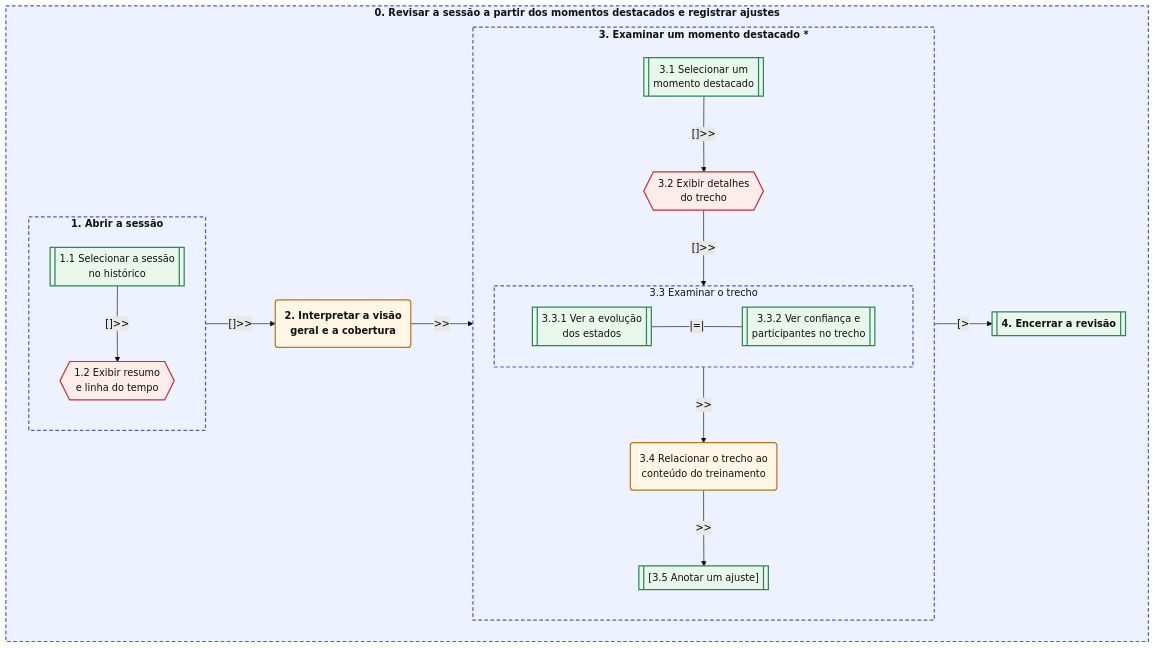
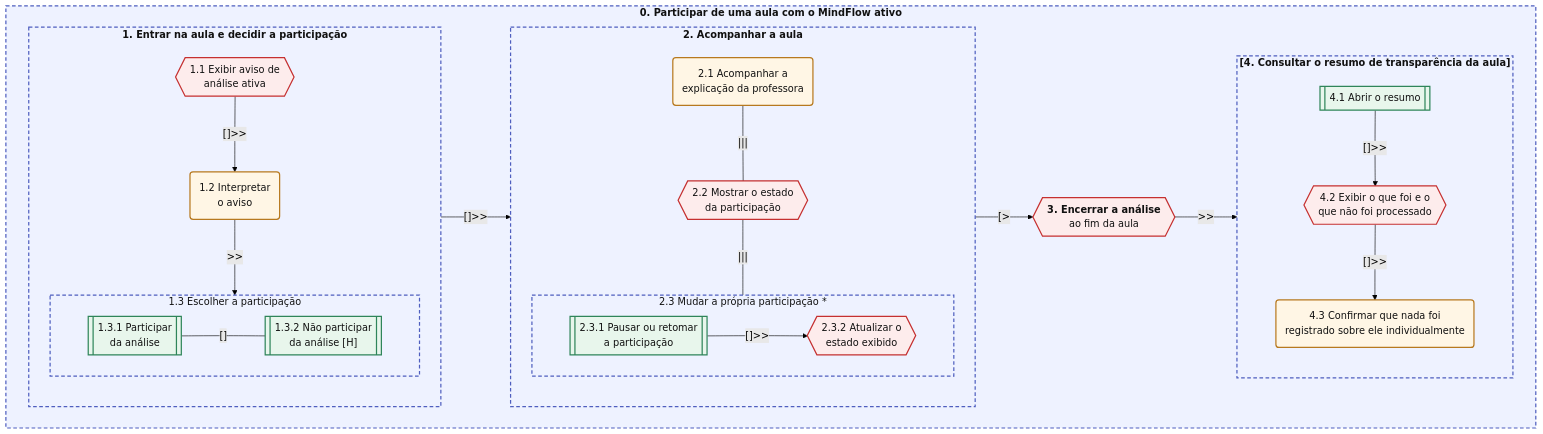
Before and after one commit to IsaRosseto/IHC_MindFlowAI: the second of 2 diagrams in docs/05_analise_tarefas.md, drawn with Mermaid (forest theme). The commit also changed other lines of this file, not shown here.

````diff
--- a/docs/05_analise_tarefas.md
+++ b/docs/05_analise_tarefas.md
@@ -275,51 +266,61 @@
 ```mermaid
 %%{init: {"flowchart": {"wrappingWidth": 600}}}%%
 flowchart LR
- 
-    subgraph C0["<b>0. Revisar a sessão a partir dos momentos destacados e registrar ajustes</b>"]
+
+    subgraph C0["<b>0. Participar de uma aula com o MindFlow ativo</b>"]
         direction LR
- 
-        subgraph C1["<b>1. Abrir a sessão</b>"]
+
+        subgraph C1["<b>1. Entrar na aula e decidir a participação</b>"]
             direction TB
-            C11[["1.1 Selecionar a sessão<br/>no histórico"]]
-            C12{{"1.2 Exibir resumo<br/>e linha do tempo"}}
+            C11{{"1.1 Exibir aviso de<br/>análise ativa"}}
+            C12("1.2 Interpretar<br/>o aviso")
+            subgraph C13["1.3 Escolher a participação"]
+                direction LR
+                C131[["1.3.1 Participar<br/>da análise"]]
+                C132[["1.3.2 Não participar<br/>da análise [H]"]]
+                C131 -- "[]" --- C132
+            end
             C11 -- "[]&gt;&gt;" --> C12
+            C12 -- "&gt;&gt;" --> C13
         end
- 
-        C2("<b>2. Interpretar a visão<br/>geral e a cobertura</b>")
- 
-        subgraph C3["<b>3. Examinar um momento destacado *</b>"]
+
+        subgraph C2["<b>2. Acompanhar a aula</b>"]
             direction TB
-            C31[["3.1 Selecionar um<br/>momento destacado"]]
-            C32{{"3.2 Exibir detalhes<br/>do trecho"}}
-            subgraph C33["3.3 Examinar o trecho"]
+            C21("2.1 Acompanhar a<br/>explicação da professora")
+            C22{{"2.2 Mostrar o estado<br/>da participação"}}
+            subgraph C23["2.3 Mudar a própria participação *"]
                 direction LR
-                C331[["3.3.1 Ver a evolução<br/>dos estados"]]
-                C332[["3.3.2 Ver confiança e<br/>participantes no trecho"]]
-                C331 -- "|=|" --- C332
+                C231[["2.3.1 Pausar ou retomar<br/>a participação"]]
+                C232{{"2.3.2 Atualizar o<br/>estado exibido"}}
+                C231 -- "[]&gt;&gt;" --> C232
             end
-            C34("3.4 Relacionar o trecho ao<br/>conteúdo do treinamento")
-            C35[["[3.5 Anotar um ajuste]"]]
-            C31 -- "[]&gt;&gt;" --> C32
-            C32 -- "[]&gt;&gt;" --> C33
-            C33 -- "&gt;&gt;" --> C34
-            C34 -- "&gt;&gt;" --> C35
+            C21 -- "|||" --- C22
+            C22 -- "|||" --- C23
         end
- 
-        C4[["<b>4. Encerrar a revisão</b>"]]
- 
+
+        C3{{"<b>3. Encerrar a análise</b><br/>ao fim da aula"}}
+
+        subgraph C4["<b>[4. Consultar o resumo de transparência da aula]</b>"]
+            direction TB
+            C41[["4.1 Abrir o resumo"]]
+            C42{{"4.2 Exibir o que foi e o<br/>que não foi processado"}}
+            C43("4.3 Confirmar que nada foi<br/>registrado sobre ele individualmente")
+            C41 -- "[]&gt;&gt;" --> C42
+            C42 -- "[]&gt;&gt;" --> C43
+        end
+
         C1 -- "[]&gt;&gt;" --> C2
-        C2 -- "&gt;&gt;" --> C3
-        C3 -- "[&gt;" --> C4
+        C2 -- "[&gt;" --> C3
+        C3 -- "&gt;&gt;" --> C4
     end
- 
+
     classDef interacao fill:#e8f6ec,stroke:#2f855a,stroke-width:2px,color:#111;
     classDef usuario fill:#fff6e5,stroke:#b7791f,stroke-width:2px,color:#111;
     classDef sistema fill:#fdecec,stroke:#c53030,stroke-width:2px,color:#111;
     classDef abstrata fill:#eef2ff,stroke:#4f5fbf,stroke-width:2px,stroke-dasharray:6 4,color:#111;
- 
-    class C11,C31,C331,C332,C35,C4 interacao;
-    class C2,C34 usuario;
-    class C12,C32 sistema;
-    class C0,C1,C3,C33 abstrata;
+
+    class C131,C132,C231,C41 interacao;
+    class C12,C21,C43 usuario;
+    class C11,C22,C232,C3,C42 sistema;
+    class C0,C1,C13,C2,C23,C4 abstrata;
 ```
````
